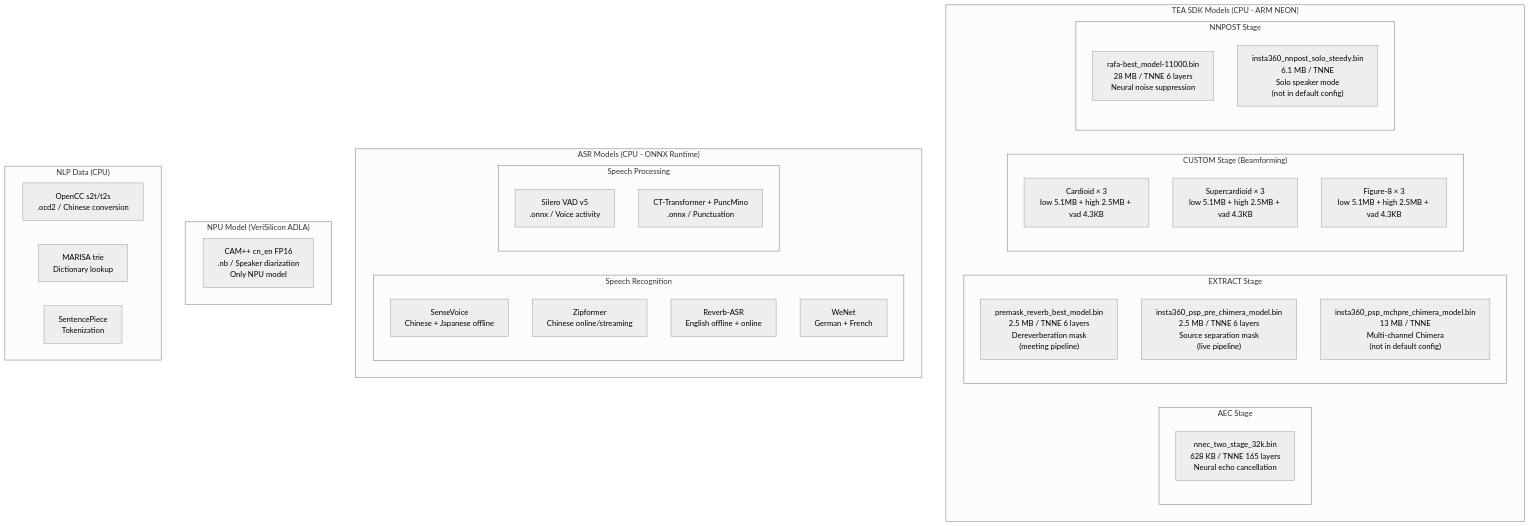
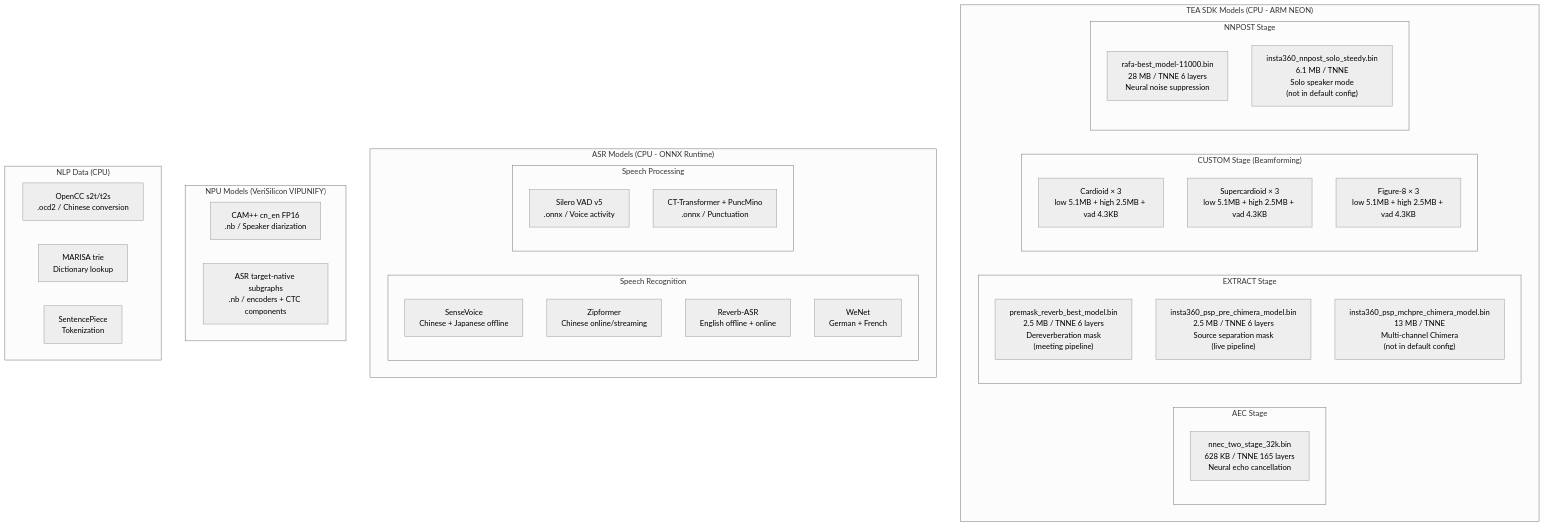
The diagram in docs/REPORT_AI_MODELS.md (XavierGeerinck/insta360-custom-firmware), drawn with Mermaid (neutral theme) before and after one commit. The commit also changed other lines of this file and 5 other files, not shown here.

````diff
--- a/docs/REPORT_AI_MODELS.md
+++ b/docs/REPORT_AI_MODELS.md
@@ -324,45 +400,46 @@
 ```mermaid
 graph TB
     subgraph "TEA SDK Models (CPU - ARM NEON)"
         subgraph "AEC Stage"
             NNEC["nnec_two_stage_32k.bin<br/>628 KB / TNNE 165 layers<br/>Neural echo cancellation"]
         end
         subgraph "EXTRACT Stage"
             PREMASK["premask_reverb_best_model.bin<br/>2.5 MB / TNNE 6 layers<br/>Dereverberation mask<br/>(meeting pipeline)"]
             CHIMERA["insta360_psp_pre_chimera_model.bin<br/>2.5 MB / TNNE 6 layers<br/>Source separation mask<br/>(live pipeline)"]
             MCHCHIMERA["insta360_psp_mchpre_chimera_model.bin<br/>13 MB / TNNE<br/>Multi-channel Chimera<br/>(not in default config)"]
         end
         subgraph "CUSTOM Stage (Beamforming)"
             CARD["Cardioid × 3<br/>low 5.1MB + high 2.5MB + vad 4.3KB"]
             SUPER["Supercardioid × 3<br/>low 5.1MB + high 2.5MB + vad 4.3KB"]
             FIG8["Figure-8 × 3<br/>low 5.1MB + high 2.5MB + vad 4.3KB"]
         end
         subgraph "NNPOST Stage"
             RAFA["rafa-best_model-11000.bin<br/>28 MB / TNNE 6 layers<br/>Neural noise suppression"]
             SOLO["insta360_nnpost_solo_steedy.bin<br/>6.1 MB / TNNE<br/>Solo speaker mode<br/>(not in default config)"]
         end
     end
 
     subgraph "ASR Models (CPU - ONNX Runtime)"
         subgraph "Speech Recognition"
             SV["SenseVoice<br/>Chinese + Japanese offline"]
             ZF["Zipformer<br/>Chinese online/streaming"]
             REV["Reverb-ASR<br/>English offline + online"]
             WENET["WeNet<br/>German + French"]
         end
         subgraph "Speech Processing"
             VAD["Silero VAD v5<br/>.onnx / Voice activity"]
             PUNC["CT-Transformer + PuncMino<br/>.onnx / Punctuation"]
         end
     end
 
-    subgraph "NPU Model (VeriSilicon ADLA)"
-        CAMPP["CAM++ cn_en FP16<br/>.nb / Speaker diarization<br/>Only NPU model"]
+    subgraph "NPU Models (VeriSilicon VIPUNIFY)"
+        CAMPP["CAM++ cn_en FP16<br/>.nb / Speaker diarization"]
+        ASRNBG["ASR target-native subgraphs<br/>.nb / encoders + CTC components"]
     end
 
     subgraph "NLP Data (CPU)"
         OCC["OpenCC s2t/t2s<br/>.ocd2 / Chinese conversion"]
         MARISA["MARISA trie<br/>Dictionary lookup"]
         SP["SentencePiece<br/>Tokenization"]
     end
 ```
````
